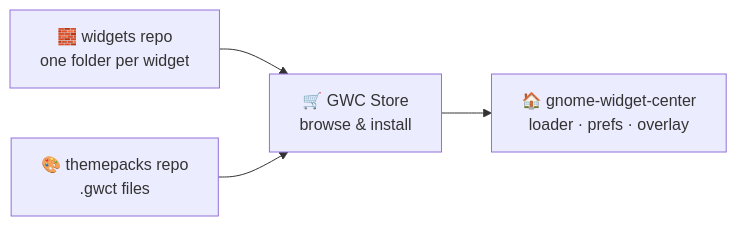
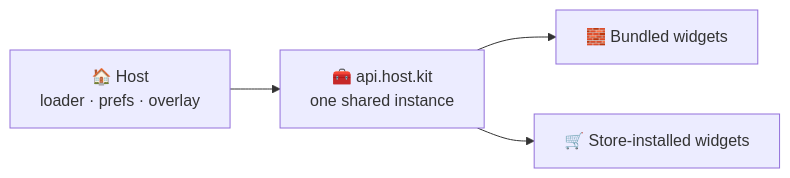
Before and after one commit to xenlism/gnome-widget-center: the diagram in README.md, drawn with Mermaid. The commit also changed other lines of this file and 597 other files, not shown here.

First line of the commit message:
API V3 Host Kit

````diff
--- a/README.md
+++ b/README.md
@@ -26,10 +27,10 @@
 ```mermaid
 flowchart LR
-    Core["🏠 gnome-widget-center<br/>loader · prefs · overlay"]
-    W["🧱 widgets repo<br/>one folder per widget"]
-    T["🎨 themepacks repo<br/>.gwct files"]
-    S["🛒 GWC Store<br/>browse &amp; install"]
-    W --> S
-    T --> S
-    S --> Core
+    Host["🏠 Host<br/>loader · prefs · overlay"]
+    Kit["🧰 api.host.kit<br/>one shared instance"]
+    W1["🧱 Bundled widgets"]
+    W2["🛒 Store-installed widgets"]
+    Host --> Kit
+    Kit --> W1
+    Kit --> W2
 ```
````
